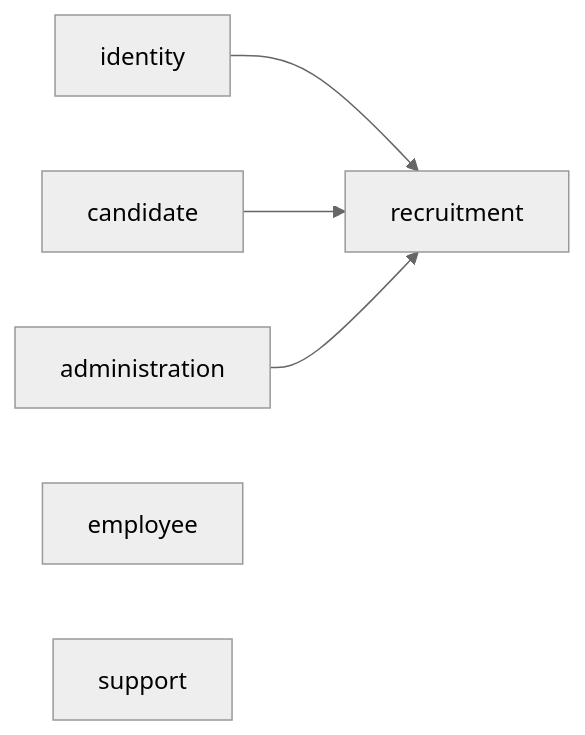
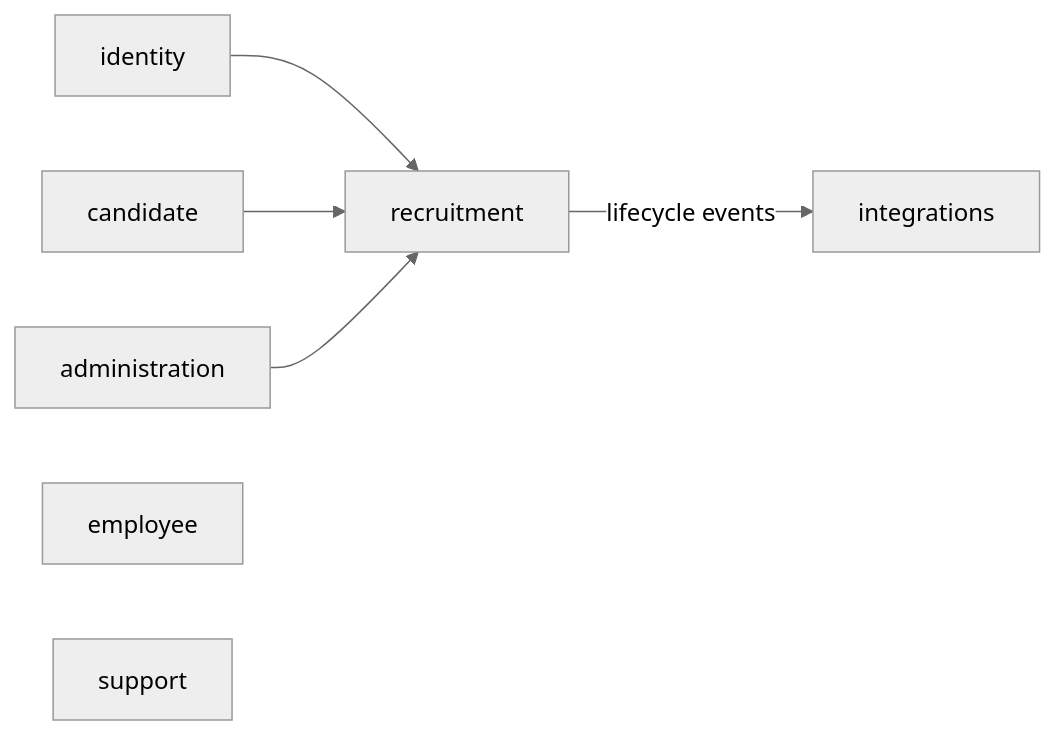
Before and after one commit to TechBerryAI/HR-Intelligence-Platform: the third of 6 diagrams in docs/03-System-Architecture.md, drawn with Mermaid (neutral theme). The commit also changed other lines of this file and 64 other files, not shown here.

````diff
--- a/docs/03-System-Architecture.md
+++ b/docs/03-System-Architecture.md
@@ -103,12 +104,14 @@
 ```mermaid
 flowchart LR
   identity[identity]
   recruitment[recruitment]
   candidate[candidate]
   administration[administration]
   employee[employee]
   support[support]
+  integrations[integrations]
   identity --> recruitment
   candidate --> recruitment
   administration --> recruitment
+  recruitment -->|lifecycle events| integrations
 ```
````
